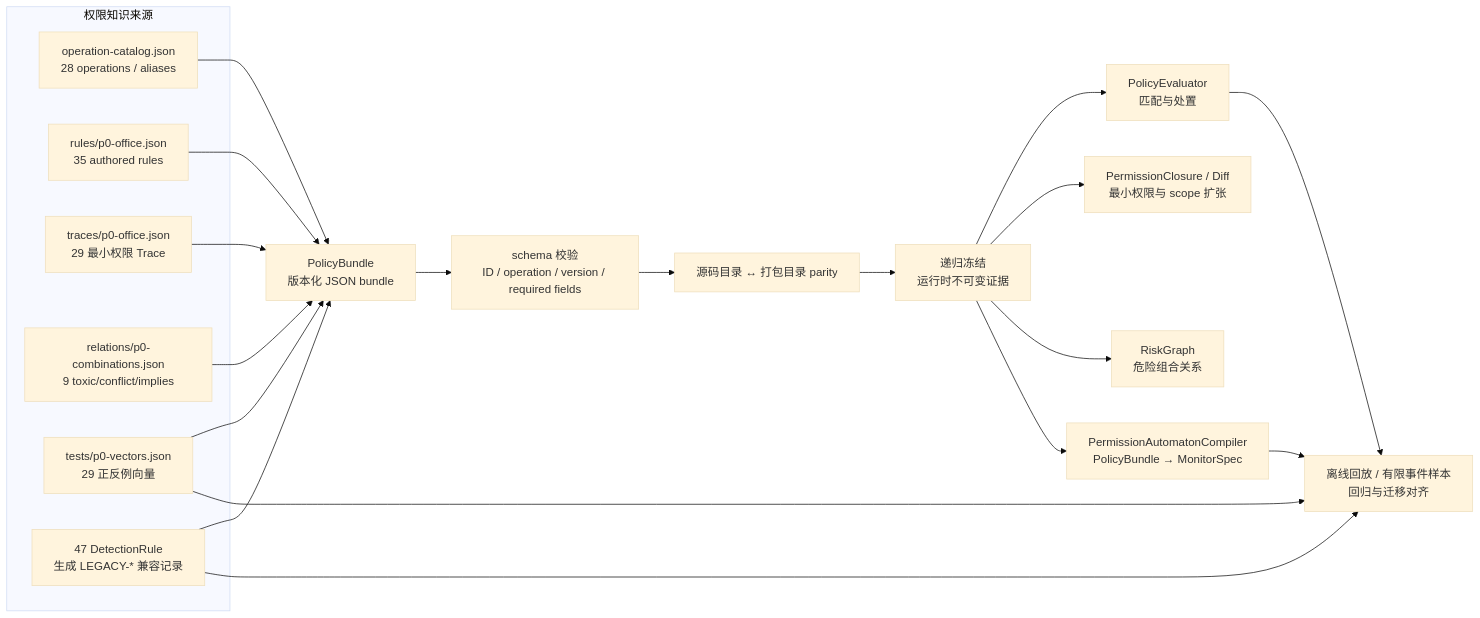
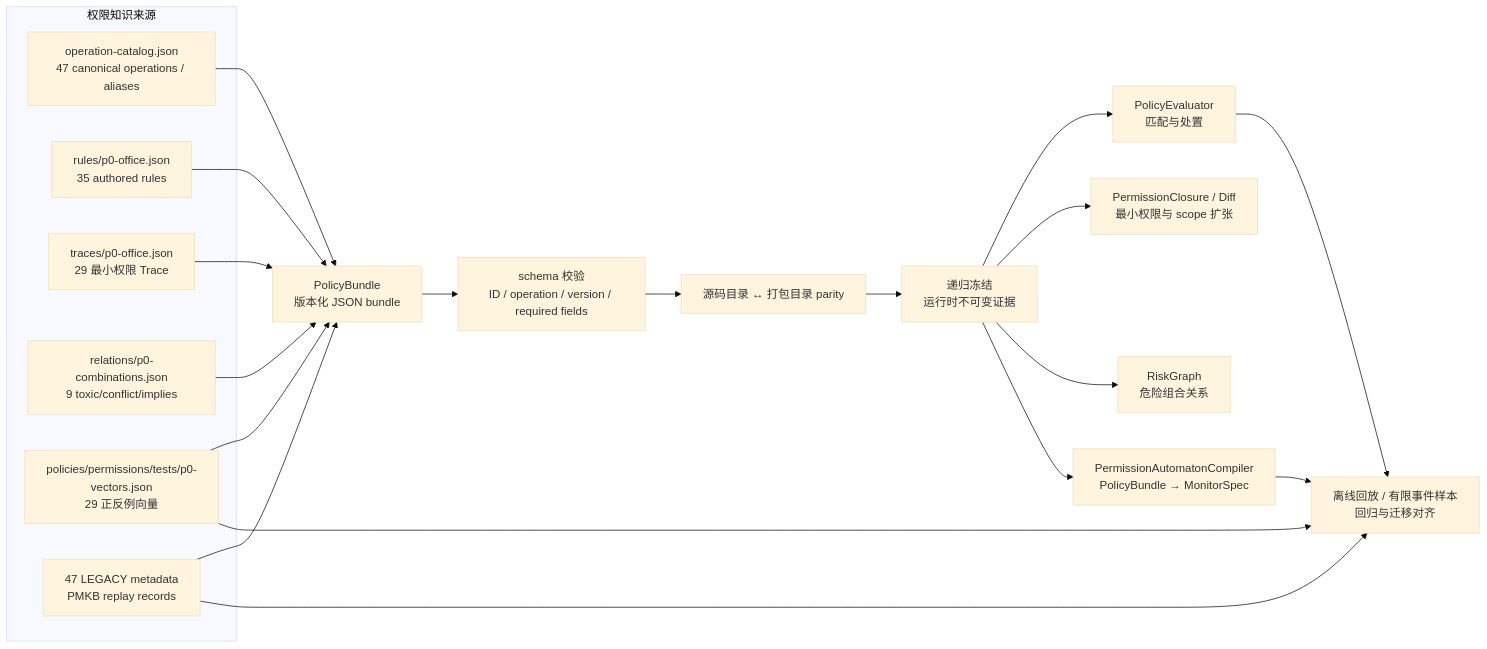
One commit to HorizonExploration/RVguarder changed the third of 4 diagrams in docs/architecture/permission-modeling-diagrams.md. Above: the diagram before and after it, drawn with Mermaid (base theme). The commit also changed other lines of this file and 31 other files, not shown here.

````diff
--- a/docs/architecture/permission-modeling-diagrams.md
+++ b/docs/architecture/permission-modeling-diagrams.md
@@ -113,29 +110,29 @@
 ```mermaid
 flowchart LR
     subgraph SRC[权限知识来源]
-        CATALOG[operation-catalog.json\n28 operations / aliases]
+        CATALOG[operation-catalog.json\n47 canonical operations / aliases]
         RULES[rules/p0-office.json\n35 authored rules]
         TRACE[traces/p0-office.json\n29 最小权限 Trace]
         REL[relations/p0-combinations.json\n9 toxic/conflict/implies]
-        VEC[tests/p0-vectors.json\n29 正反例向量]
-        LEG[47 DetectionRule\n生成 LEGACY-* 兼容记录]
+        VEC[policies/permissions/tests/p0-vectors.json\n29 正反例向量]
+        LEG[47 LEGACY metadata\nPMKB replay records]
     end
 
     BUNDLE[PolicyBundle\n版本化 JSON bundle]
     SCHEMA[schema 校验\nID / operation / version / required fields]
     PARITY[源码目录 ↔ 打包目录 parity]
     FREEZE[递归冻结\n运行时不可变证据]
     EVAL[PolicyEvaluator\n匹配与处置]
     CLOSURE[PermissionClosure / Diff\n最小权限与 scope 扩张]
     GRAPH[RiskGraph\n危险组合关系]
     COMP[PermissionAutomatonCompiler\nPolicyBundle → MonitorSpec]
     TEST[离线回放 / 有限事件样本\n回归与迁移对齐]
 
     CATALOG & RULES & TRACE & REL & VEC & LEG --> BUNDLE
     BUNDLE --> SCHEMA --> PARITY --> FREEZE
     FREEZE --> EVAL & CLOSURE & GRAPH & COMP
     VEC --> TEST
     LEG --> TEST
     EVAL --> TEST
     COMP --> TEST
 ```
````
